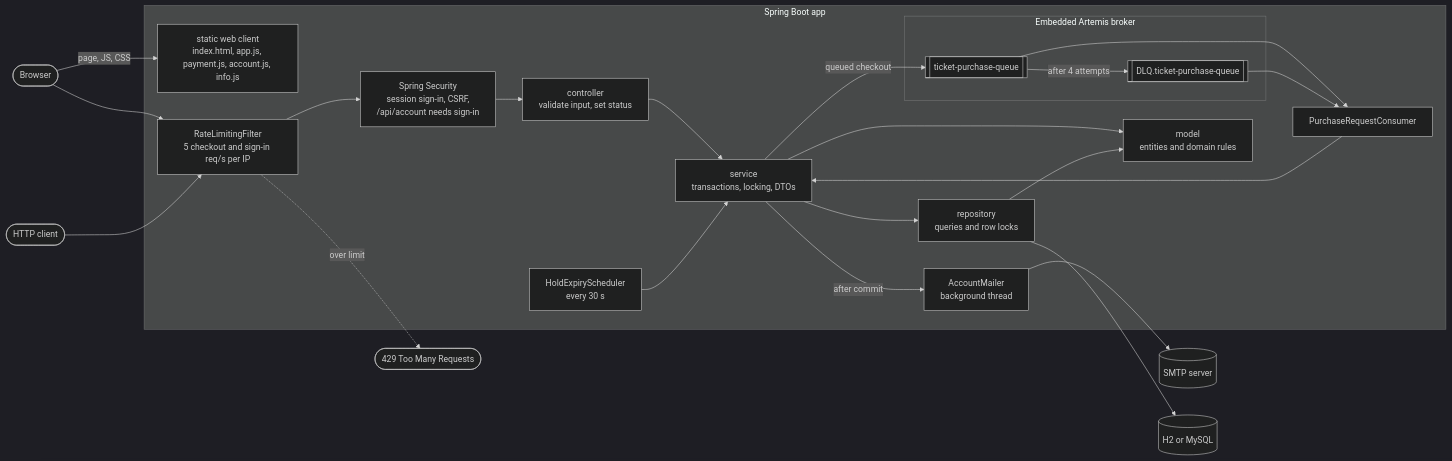
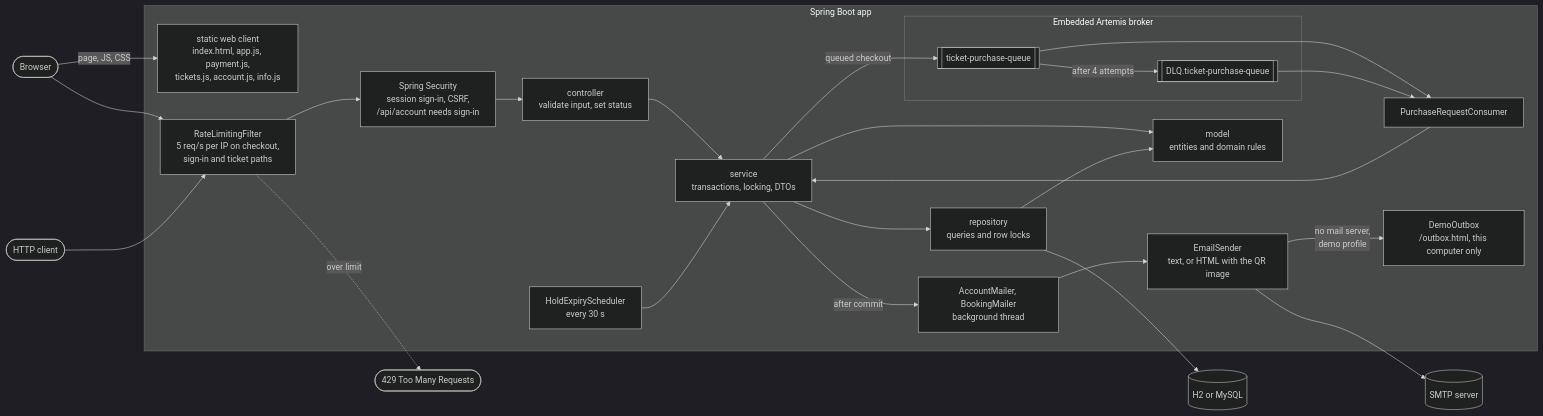
The first of 8 diagrams in docs/ARCHITECTURE.md (mohanarevarapu-commits/SeatLock), drawn with Mermaid (dark theme) before and after one commit. The commit also changed other lines of this file and 4 other files, not shown here.

First line of the commit message:
Docs: bring the architecture guide up to date for 0.7.0-0.9.0

````diff
--- a/docs/ARCHITECTURE.md
+++ b/docs/ARCHITECTURE.md
@@ -8,29 +8,31 @@
 ```mermaid
 flowchart LR
     browser([Browser]) -- page, JS, CSS --> web
     browser --> limiter
     client([HTTP client]) --> limiter
     subgraph app [Spring Boot app]
-        web[static web client<br/>index.html, app.js, payment.js, account.js, info.js]
-        limiter[RateLimitingFilter<br/>5 checkout and sign-in req/s per IP] --> security
+        web[static web client<br/>index.html, app.js, payment.js,<br/>tickets.js, account.js, info.js]
+        limiter[RateLimitingFilter<br/>5 req/s per IP on checkout,<br/>sign-in and ticket paths] --> security
         security[Spring Security<br/>session sign-in, CSRF,<br/>/api/account needs sign-in] --> controller
         controller[controller<br/>validate input, set status] --> service[service<br/>transactions, locking, DTOs]
         service --> repository[repository<br/>queries and row locks]
         service --> model[model<br/>entities and domain rules]
         repository --> model
         scheduler[HoldExpiryScheduler<br/>every 30 s] --> service
         subgraph broker [Embedded Artemis broker]
             queue[[ticket-purchase-queue]]
             dlq[[DLQ.ticket-purchase-queue]]
         end
         service -- queued checkout --> queue
         queue --> consumer[PurchaseRequestConsumer]
         queue -- after 4 attempts --> dlq
         dlq --> consumer
         consumer --> service
-        service -- after commit --> mailer[AccountMailer<br/>background thread]
+        service -- after commit --> mailer[AccountMailer, BookingMailer<br/>background thread]
+        mailer --> sender[EmailSender<br/>text, or HTML with the QR image]
+        sender -- no mail server,<br/>demo profile --> outbox[DemoOutbox<br/>/outbox.html, this computer only]
     end
     limiter -. over limit .-> r429([429 Too Many Requests])
-    mailer --> smtp[(SMTP server)]
+    sender --> smtp[(SMTP server)]
     repository --> db[(H2 or MySQL)]
 ```
````
